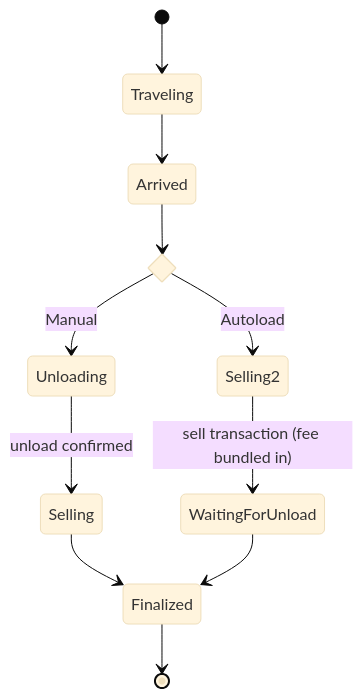
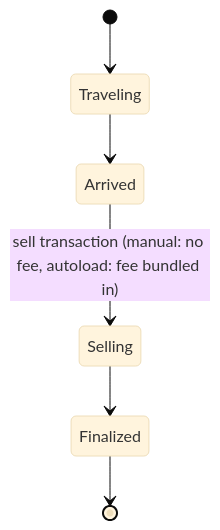
The third of 3 diagrams in docs/trade-route-tracker.md (CasualAlacrity/Graphling), drawn with Mermaid (base theme) before and after one commit. The commit also changed other lines of this file and 23 other files, not shown here.

````diff
--- a/docs/trade-route-tracker.md
+++ b/docs/trade-route-tracker.md
@@ -89,18 +93,9 @@
 ```mermaid
 stateDiagram-v2
     [*] --> Traveling
     Traveling --> Arrived
-
-    state method <<choice>>
-    Arrived --> method
-
-    method --> Unloading: Manual
-    Unloading --> Selling: unload confirmed
+    Arrived --> Selling: sell transaction (manual: no fee, autoload: fee bundled in)
     Selling --> Finalized
-
-    method --> Selling2: Autoload
-    Selling2 --> WaitingForUnload: sell transaction (fee bundled in)
-    WaitingForUnload --> Finalized
 
     Finalized --> [*]
 ```
````
